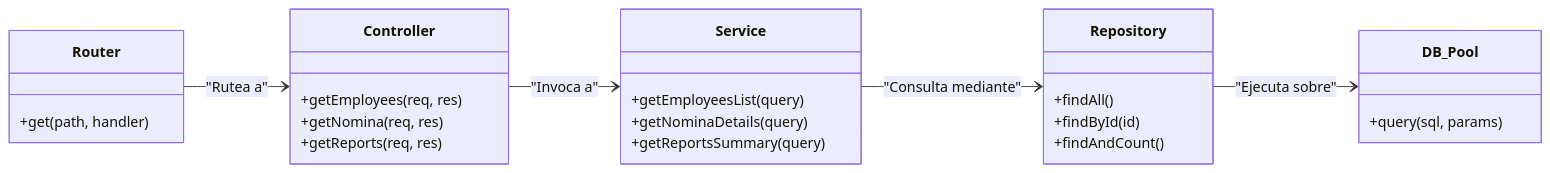
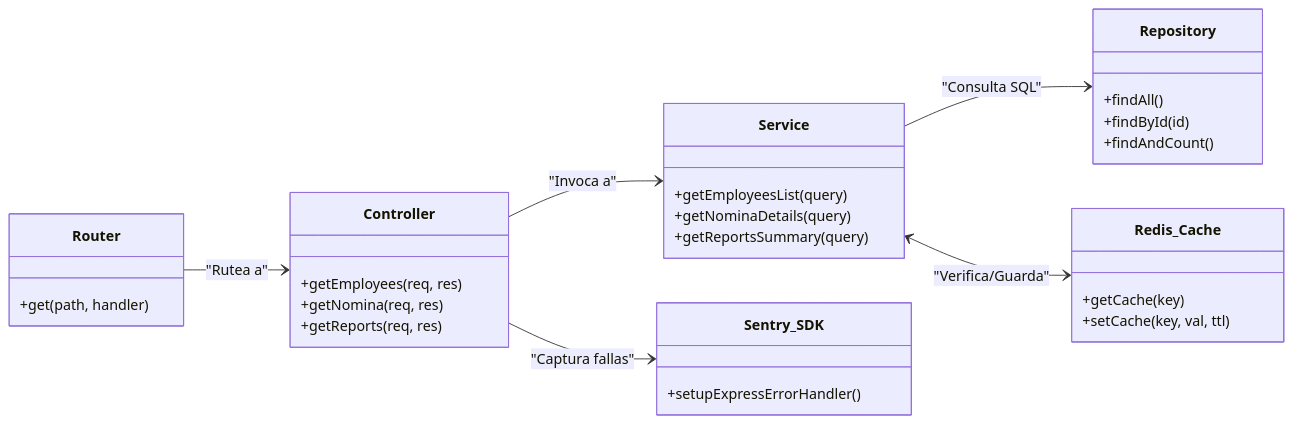
One commit to alexander-tinoco/nominas changed the third of 5 diagrams in README.md. Above: the diagram before and after it, drawn with Mermaid. The commit also changed other lines of this file and 15 other files, not shown here.

Commit message:
feat(observability): integrate Redis caching, Prometheus metrics dashboards, Sentry error tracking, and update UML diagrams

````diff
--- a/README.md
+++ b/README.md
@@ -156,30 +171,35 @@
 ```mermaid
 classDiagram
     direction LR
     class Router {
         +get(path, handler)
     }
     class Controller {
         +getEmployees(req, res)
         +getNomina(req, res)
         +getReports(req, res)
     }
     class Service {
         +getEmployeesList(query)
         +getNominaDetails(query)
         +getReportsSummary(query)
     }
     class Repository {
         +findAll()
         +findById(id)
         +findAndCount()
     }
-    class DB_Pool {
-        +query(sql, params)
+    class Redis_Cache {
+        +getCache(key)
+        +setCache(key, val, ttl)
+    }
+    class Sentry_SDK {
+        +setupExpressErrorHandler()
     }
 
     Router --> Controller : "Rutea a"
     Controller --> Service : "Invoca a"
-    Service --> Repository : "Consulta mediante"
-    Repository --> DB_Pool : "Ejecuta sobre"
+    Service --> Repository : "Consulta SQL"
+    Service <--> Redis_Cache : "Verifica/Guarda"
+    Controller --> Sentry_SDK : "Captura fallas"
 ```
````
